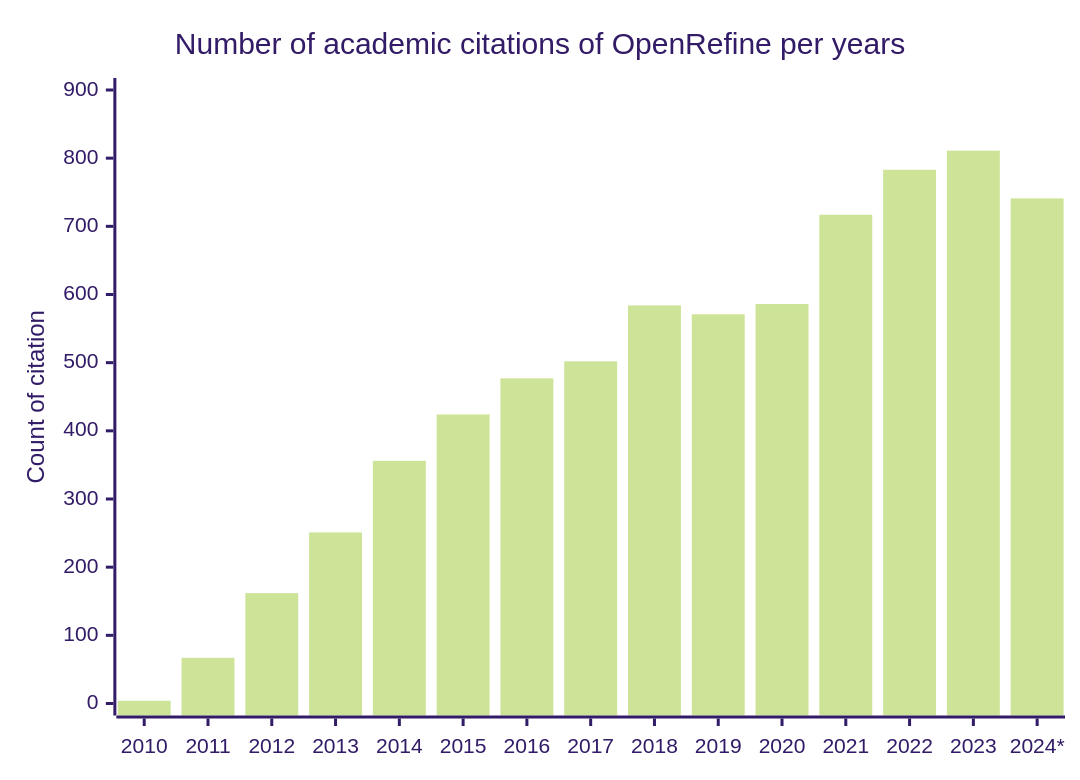
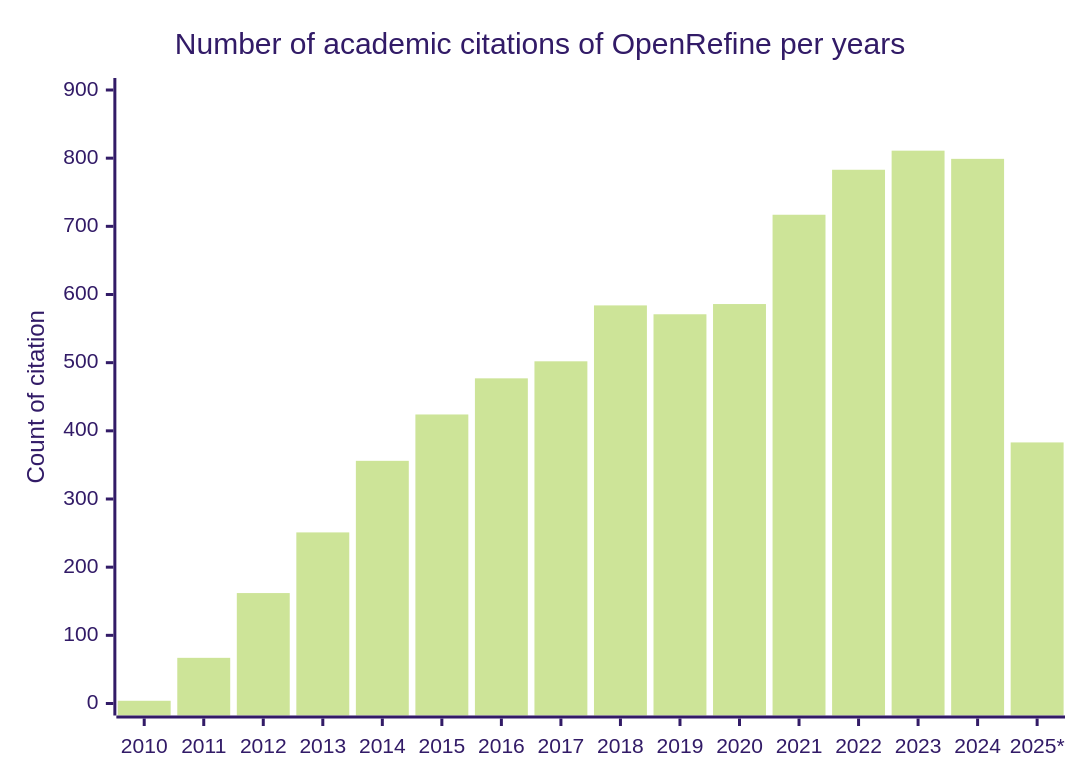
The second of 3 diagrams in src/pages/usage.md (OpenRefine/openrefine.org), drawn with Mermaid before and after one commit. The commit also changed other lines of this file, not shown here.

````diff
--- a/src/pages/usage.md
+++ b/src/pages/usage.md
@@ -41,8 +41,8 @@
 ```mermaid 
 %%{init: {'theme':'forest'}}%%
 xychart-beta
     title "Number of academic citations of OpenRefine per years"
-    x-axis [2010, 2011, 2012, 2013, 2014, 2015, 2016, 2017, 2018, 2019, 2020, 2021, 2022, 2023, 2024*]
+    x-axis [2010, 2011, 2012, 2013, 2014, 2015, 2016, 2017, 2018, 2019, 2020, 2021, 2022, 2023, 2024, 2025*]
     y-axis "Count of citation" 0 --> 900
-    bar [4, 67, 162, 251, 356, 424, 477, 502, 584, 571, 586, 717, 783, 811, 741]
+    bar [4, 67, 162, 251, 356, 424, 477, 502, 584, 571, 586, 717, 783, 811, 799, 383]
 ```
````
